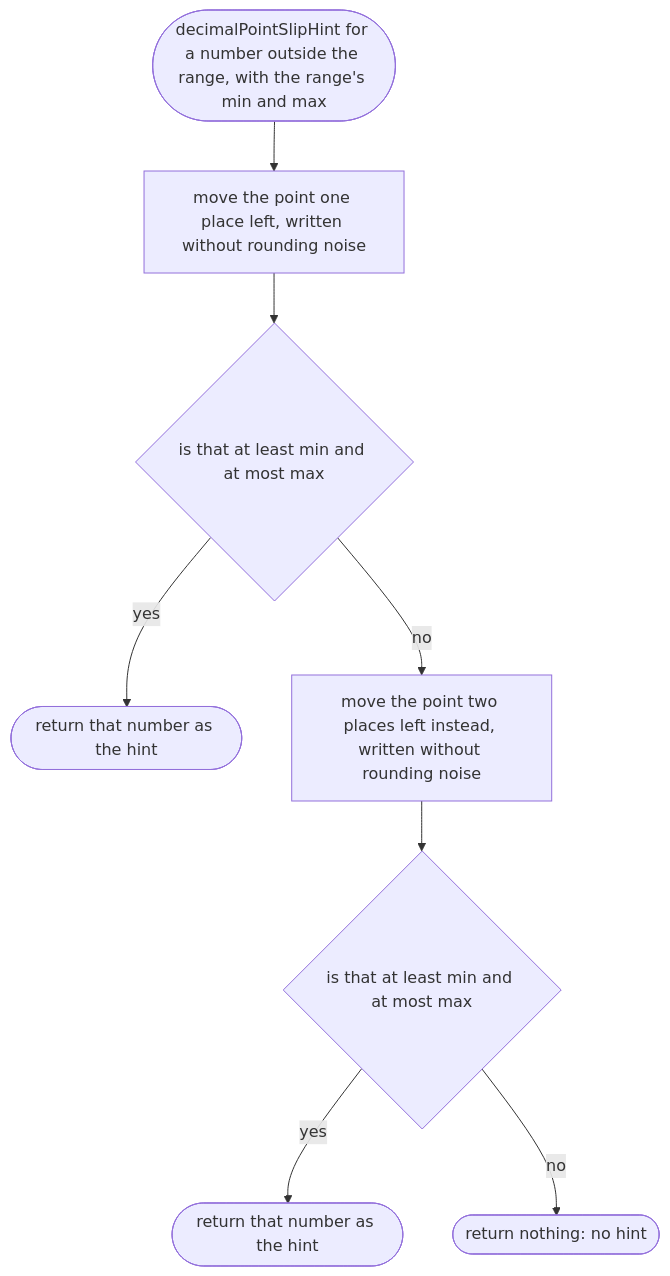
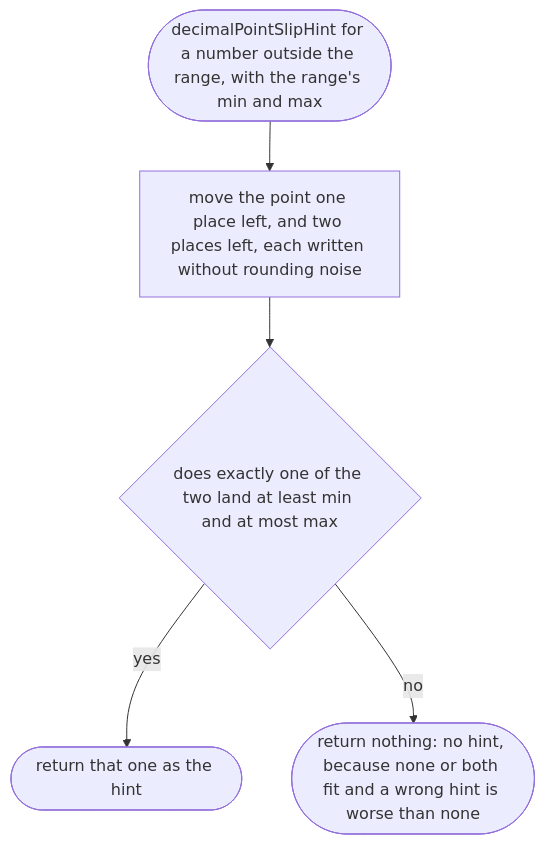
Before and after one commit to NewDara-Star/world-engine: the fifth of 9 diagrams in docs/designs/src/place/place.md, drawn with Mermaid. The commit also changed other lines of this file and 5 other files, not shown here.

````diff
--- a/docs/designs/src/place/place.md
+++ b/docs/designs/src/place/place.md
@@ -78,18 +78,12 @@
 ```mermaid
 flowchart TD
   s(["decimalPointSlipHint for a number outside the range, with the range's min and max"])
-  a["move the point one place left, written without rounding noise"]
-  b{"is that at least min and at most max"}
-  c(["return that number as the hint"])
-  d["move the point two places left instead, written without rounding noise"]
-  e{"is that at least min and at most max"}
-  f(["return that number as the hint"])
-  g(["return nothing: no hint"])
+  a["move the point one place left, and two places left, each written without rounding noise"]
+  b{"does exactly one of the two land at least min and at most max"}
+  c(["return that one as the hint"])
+  g(["return nothing: no hint, because none or both fit and a wrong hint is worse than none"])
   s --> a
   a --> b
   b -->|"yes"| c
-  b -->|"no"| d
-  d --> e
-  e -->|"yes"| f
-  e -->|"no"| g
+  b -->|"no"| g
 ```
````
